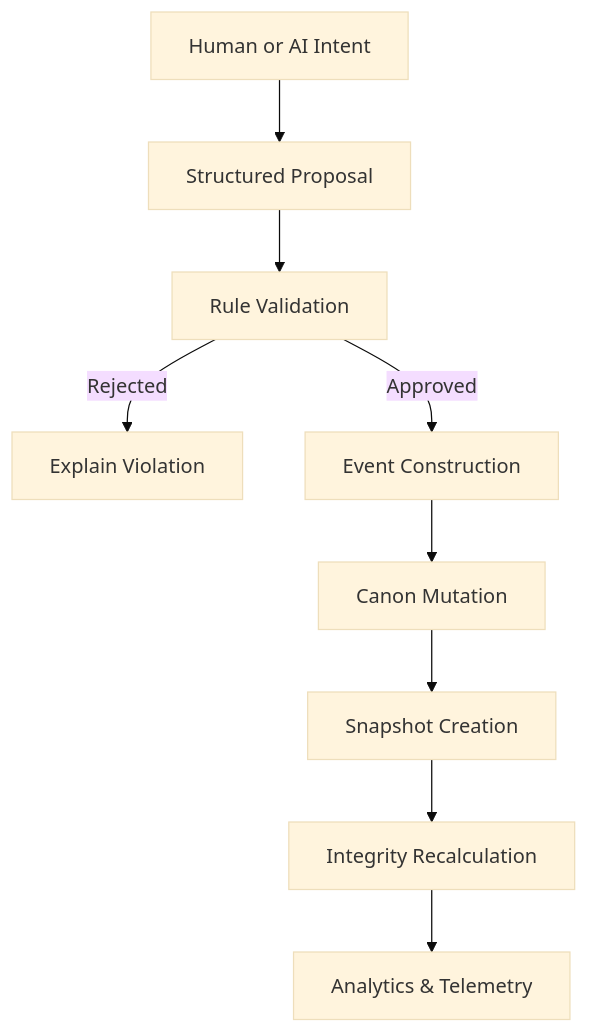
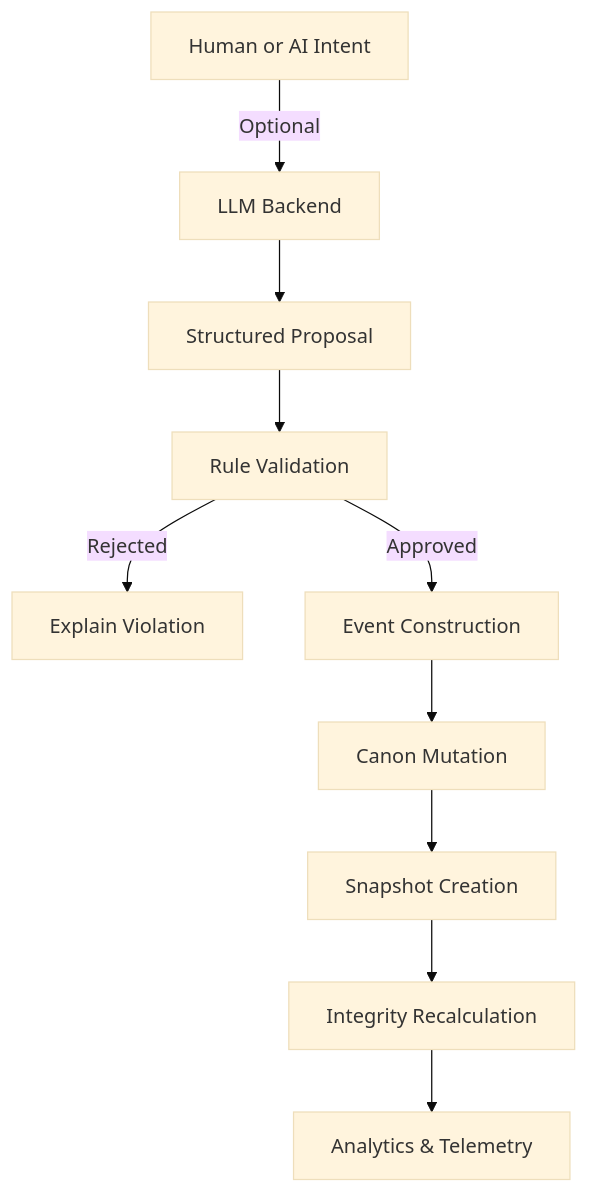
Before and after one commit to kabirak2/-purg-e-ngine-: the second of 3 diagrams in DIAGRAMS.md, drawn with Mermaid (base theme). The commit also changed other lines of this file and 2 other files, not shown here.

Commit message:
Clarify LLM backend abstraction and experimental Ollama integration

````diff
--- a/DIAGRAMS.md
+++ b/DIAGRAMS.md
@@ -55,15 +59,17 @@
 ```mermaid
 flowchart TD
     Intent[Human or AI Intent]
-        --> Proposal[Structured Proposal]
+    -->|Optional| LLM[LLM Backend]
+    --> Proposal[Structured Proposal]
+
 
     Proposal --> Validation[Rule Validation]
 
     Validation -->|Rejected| Explanation[Explain Violation]
     Validation -->|Approved| Event[Event Construction]
 
     Event --> CanonMutation[Canon Mutation]
     CanonMutation --> Snapshot[Snapshot Creation]
     Snapshot --> Integrity[Integrity Recalculation]
     Integrity --> Telemetry[Analytics & Telemetry]
 ```
````
